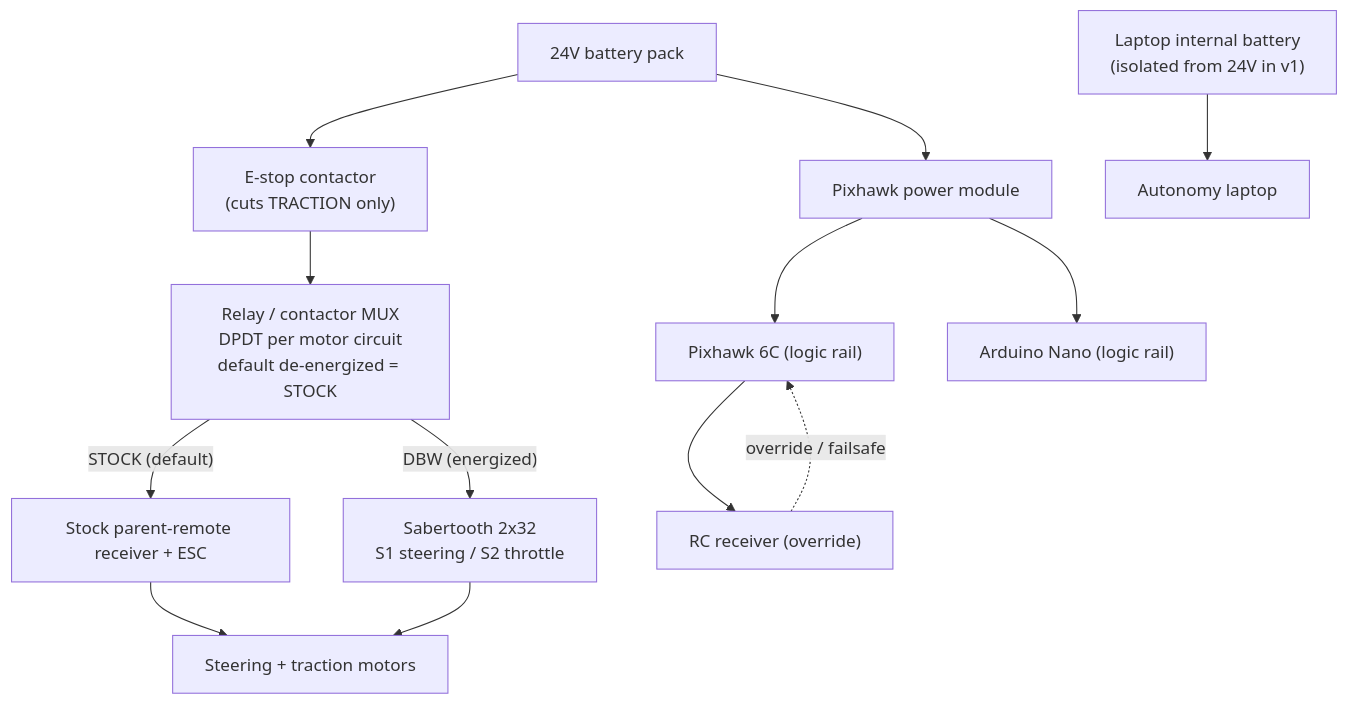
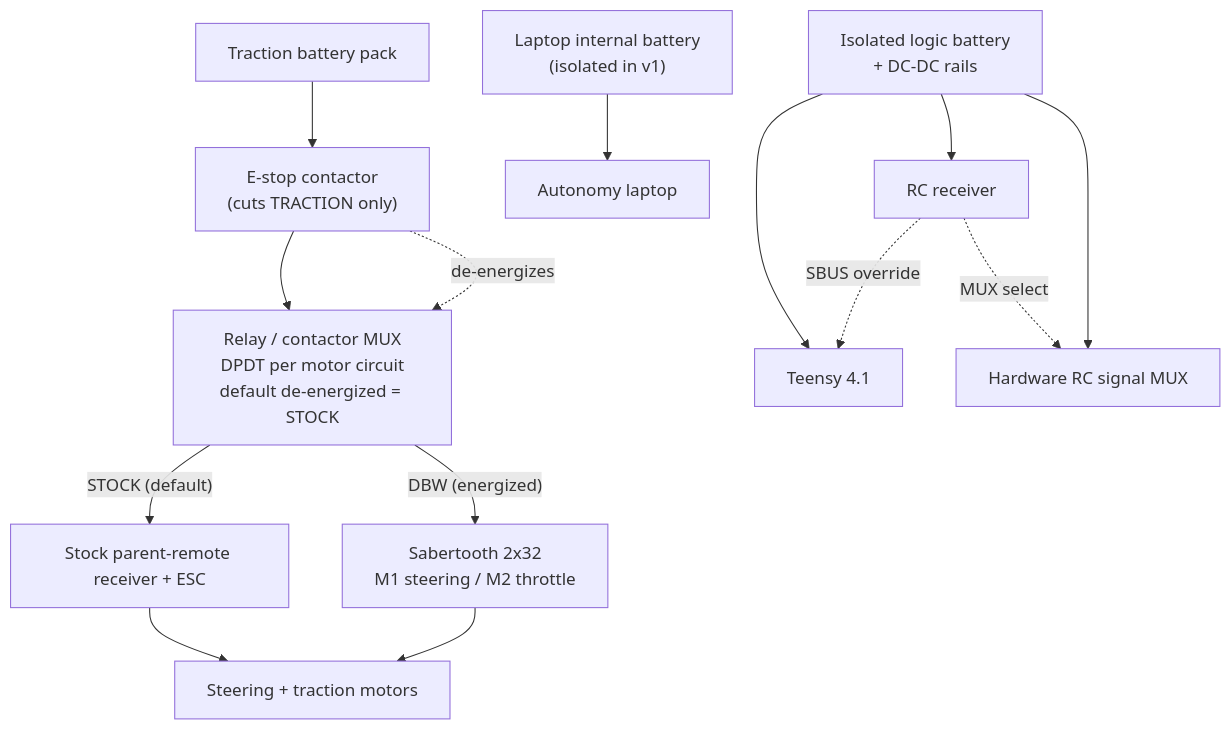
The third of 3 diagrams in docs/design/architecture.md (jrkwon/mrider), drawn with Mermaid before and after one commit. The commit also changed other lines of this file and 25 other files, not shown here.

````diff
--- a/docs/design/architecture.md
+++ b/docs/design/architecture.md
@@ -163,23 +182,24 @@
 ```mermaid
 flowchart TB
-    PACK["24V battery pack"]
+    PACK["Traction battery pack"]
+    LOGIC["Isolated logic battery<br/>+ DC-DC rails"]
 
     PACK --> ESTOP["E-stop contactor<br/>(cuts TRACTION only)"]
-    PACK --> PM["Pixhawk power module"]
-
     ESTOP --> MUX["Relay / contactor MUX<br/>DPDT per motor circuit<br/>default de-energized = STOCK"]
 
     MUX -- "STOCK (default)" --> STOCKRX["Stock parent-remote receiver + ESC"]
-    MUX -- "DBW (energized)" --> SABER["Sabertooth 2x32<br/>S1 steering / S2 throttle"]
+    MUX -- "DBW (energized)" --> SABER["Sabertooth 2x32<br/>M1 steering / M2 throttle"]
 
     STOCKRX --> MOTORS["Steering + traction motors"]
     SABER --> MOTORS
 
-    PM --> PX["Pixhawk 6C (logic rail)"]
-    PM --> NANO["Arduino Nano (logic rail)"]
-    PX --> RCRX["RC receiver (override)"]
+    LOGIC --> TEENSY["Teensy 4.1"]
+    LOGIC --> RCRX["RC receiver"]
+    LOGIC --> SMUX["Hardware RC signal MUX"]
 
-    LAPBAT["Laptop internal battery<br/>(isolated from 24V in v1)"] --> LAPTOP["Autonomy laptop"]
+    LAPBAT["Laptop internal battery<br/>(isolated in v1)"] --> LAPTOP["Autonomy laptop"]
 
-    RCRX -. "override / failsafe" .-> PX
+    RCRX -. "SBUS override" .-> TEENSY
+    RCRX -. "MUX select" .-> SMUX
+    ESTOP -. "de-energizes" .-> MUX
 ```
````
